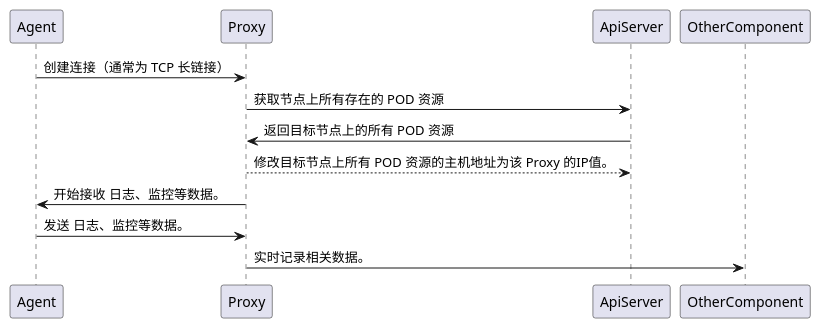
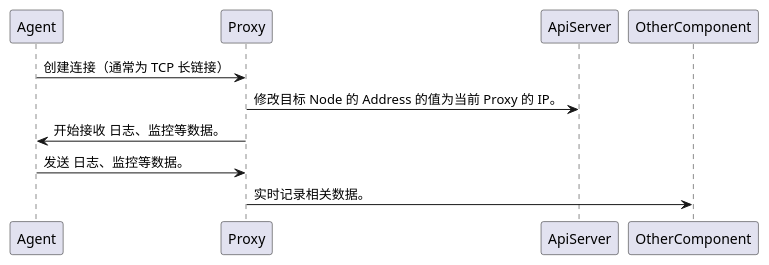
Before and after one commit to 99nil/diplomat: the diagram in docs/proxy/imgs/agent_connect_proxy.puml, drawn with PlantUML. The commit also changed 2 other files, not shown here.

```diff
--- a/docs/proxy/imgs/agent_connect_proxy.puml
+++ b/docs/proxy/imgs/agent_connect_proxy.puml
@@ -1,12 +1,10 @@
 @startuml
 'https://plantuml.com/sequence-diagram
 
 Agent -> Proxy: 创建连接（通常为 TCP 长链接）
-Proxy -> ApiServer: 获取节点上所有存在的 POD 资源
-ApiServer -> Proxy: 返回目标节点上的所有 POD 资源
-Proxy --> ApiServer: 修改目标节点上所有 POD 资源的主机地址为该 Proxy 的IP值。
+Proxy -> ApiServer: 修改目标 Node 的 Address 的值为当前 Proxy 的 IP。
 Proxy -> Agent: 开始接收 日志、监控等数据。
 Agent -> Proxy: 发送 日志、监控等数据。
 Proxy -> OtherComponent: 实时记录相关数据。
 
 @enduml
```
